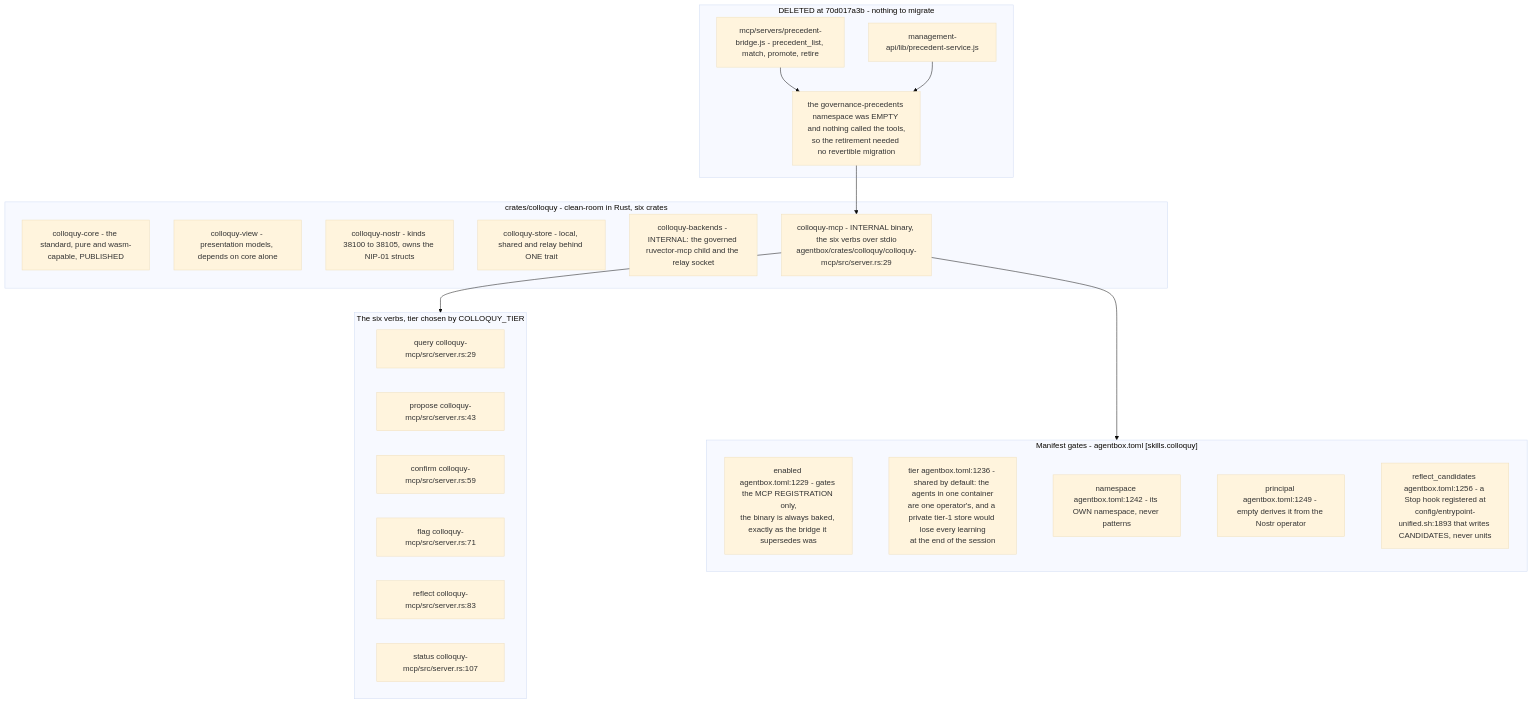
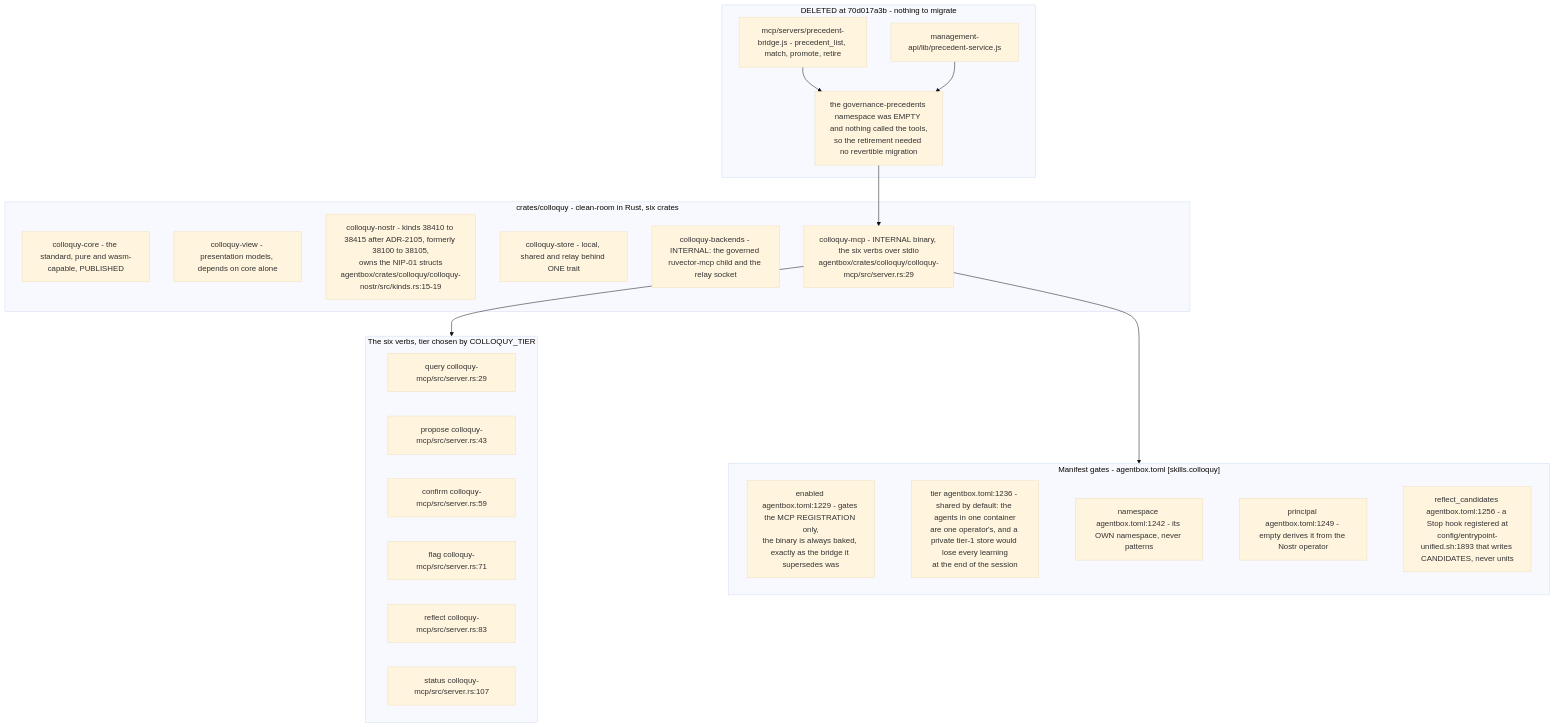
Before and after one commit to DreamLab-AI/VisionFlow: the ninth of 10 diagrams in docs/diagrams/agentbox/28-agentbox-services-and-manifest-binary.md, drawn with Mermaid (base theme). The commit also changed other lines of this file and 10 other files, not shown here.

First line of the commit message:
docs(diagrams): close ER-1 to ER-4 and ER-33 across ten topics, re-stamped

````diff
--- a/docs/diagrams/agentbox/28-agentbox-services-and-manifest-binary.md
+++ b/docs/diagrams/agentbox/28-agentbox-services-and-manifest-binary.md
@@ -404,37 +405,37 @@
 ```mermaid
 flowchart TB
     subgraph gone["DELETED at 70d017a3b - nothing to migrate"]
         G1["mcp/servers/precedent-bridge.js - precedent_list, match, promote, retire"]
         G2["management-api/lib/precedent-service.js"]
         G3["the governance-precedents namespace was EMPTY and nothing called the tools,<br/>so the retirement needed no revertible migration"]
         G1 --> G3
         G2 --> G3
     end
     subgraph crates["crates/colloquy - clean-room in Rust, six crates"]
         P1["colloquy-core - the standard, pure and wasm-capable, PUBLISHED"]
         P2["colloquy-view - presentation models, depends on core alone"]
-        P3["colloquy-nostr - kinds 38100 to 38105, owns the NIP-01 structs"]
+        P3["colloquy-nostr - kinds 38410 to 38415 after ADR-2105, formerly 38100 to 38105,<br/>owns the NIP-01 structs<br/>agentbox/crates/colloquy/colloquy-nostr/src/kinds.rs:15-19"]
         P4["colloquy-store - local, shared and relay behind ONE trait"]
         P5["colloquy-backends - INTERNAL: the governed ruvector-mcp child and the relay socket"]
         P6["colloquy-mcp - INTERNAL binary, the six verbs over stdio<br/>agentbox/crates/colloquy/colloquy-mcp/src/server.rs:29"]
     end
     G3 --> P6
     subgraph verbs["The six verbs, tier chosen by COLLOQUY_TIER"]
         V1["query colloquy-mcp/src/server.rs:29"]
         V2["propose colloquy-mcp/src/server.rs:43"]
         V3["confirm colloquy-mcp/src/server.rs:59"]
         V4["flag colloquy-mcp/src/server.rs:71"]
         V5["reflect colloquy-mcp/src/server.rs:83"]
         V6["status colloquy-mcp/src/server.rs:107"]
     end
     P6 --> verbs
     subgraph gates["Manifest gates - agentbox.toml [skills.colloquy]"]
         M1["enabled agentbox.toml:1229 - gates the MCP REGISTRATION only,<br/>the binary is always baked, exactly as the bridge it supersedes was"]
         M2["tier agentbox.toml:1236 - shared by default: the agents in one container<br/>are one operator's, and a private tier-1 store would lose every learning<br/>at the end of the session"]
         M3["namespace agentbox.toml:1242 - its OWN namespace, never patterns"]
         M4["principal agentbox.toml:1249 - empty derives it from the Nostr operator"]
         M5["reflect_candidates agentbox.toml:1256 - a Stop hook registered at<br/>config/entrypoint-unified.sh:1893 that writes CANDIDATES, never units"]
         M1 ~~~ M2 ~~~ M3 ~~~ M4 ~~~ M5
     end
     P6 --> gates
 ```
````
